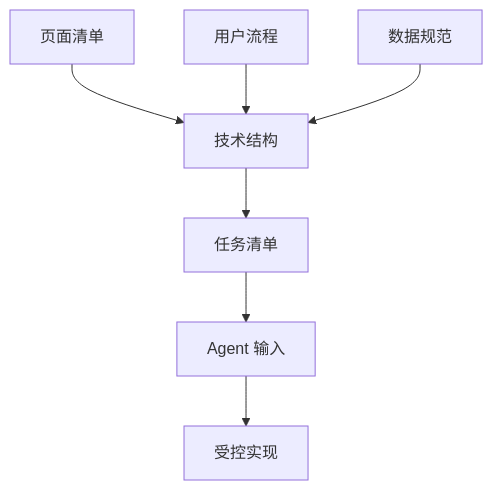
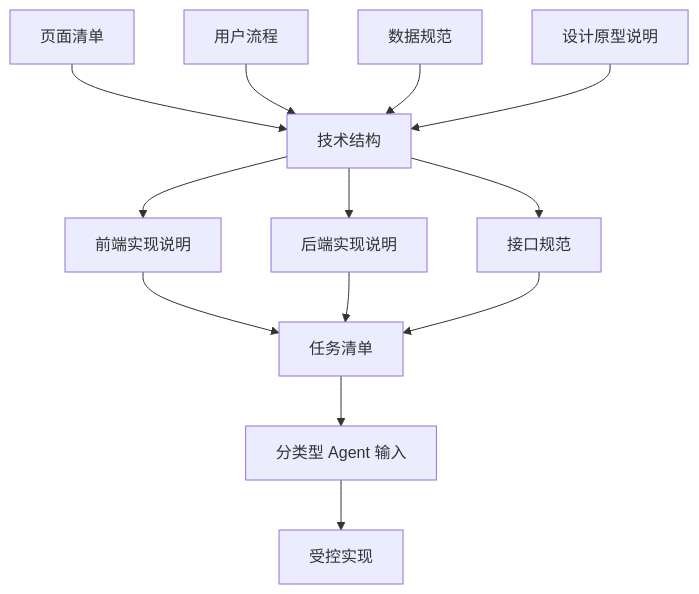
Before and after one commit to zhidao-studio/ai-product-engineering-in-action: the diagram in docs/02_lessons/visual/lesson-04-visual-ai-rules.md, drawn with Mermaid. The commit also changed other lines of this file, not shown here.

````diff
--- a/docs/02_lessons/visual/lesson-04-visual-ai-rules.md
+++ b/docs/02_lessons/visual/lesson-04-visual-ai-rules.md
@@ -27,9 +33,15 @@
 ```mermaid
 flowchart TD
     A[页面清单] --> D[技术结构]
     B[用户流程] --> D
     C[数据规范] --> D
-    D --> E[任务清单]
-    E --> F[Agent 输入]
-    F --> G[受控实现]
+    P[设计原型说明] --> D
+    D --> F[前端实现说明]
+    D --> G[后端实现说明]
+    D --> H[接口规范]
+    F --> I[任务清单]
+    G --> I
+    H --> I
+    I --> J[分类型 Agent 输入]
+    J --> K[受控实现]
 ```
````
